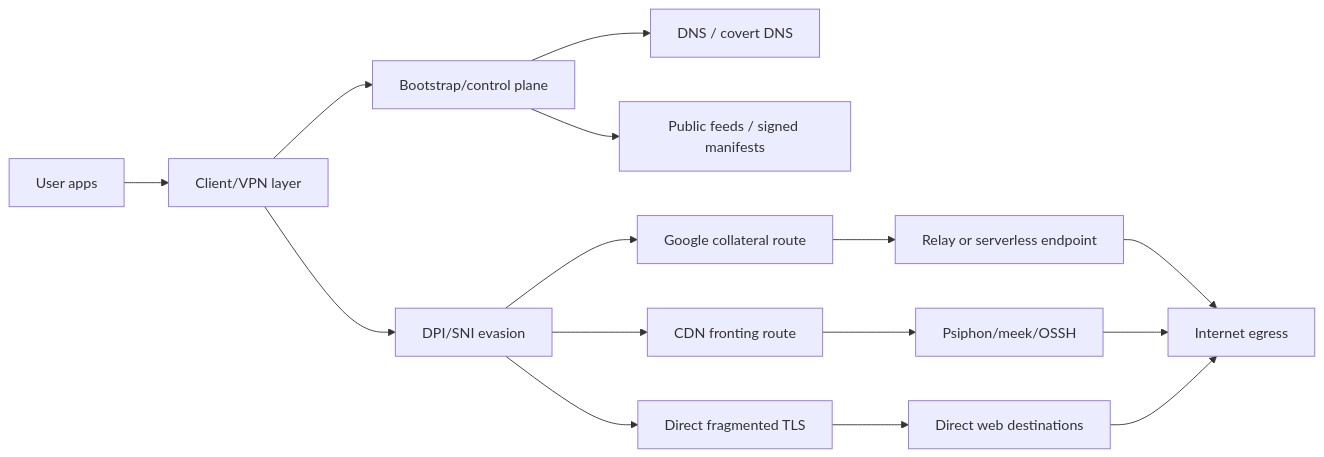
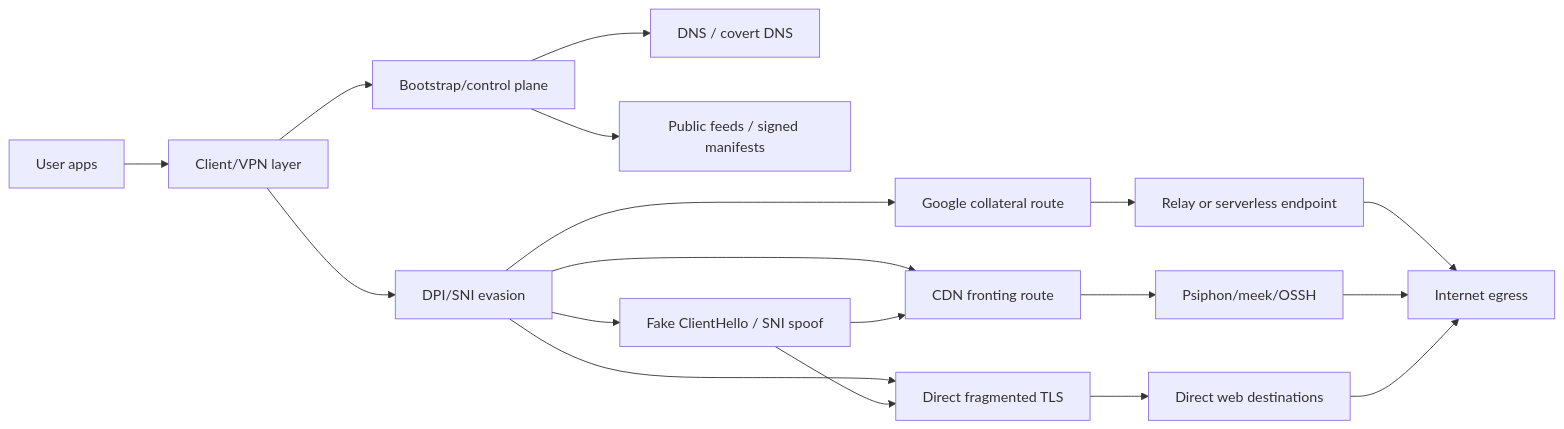
Before and after one commit to vibecodegits/censorship-circumvention-kb: the diagram in docs/architecture-map.md, drawn with Mermaid. The commit also changed other lines of this file and 6 other files, not shown here.

````diff
--- a/docs/architecture-map.md
+++ b/docs/architecture-map.md
@@ -5,17 +5,20 @@
 ```mermaid
 flowchart LR
   UserApps["User apps"] --> Client["Client/VPN layer"]
   Client --> Bootstrap["Bootstrap/control plane"]
   Client --> Evasion["DPI/SNI evasion"]
   Bootstrap --> DNS["DNS / covert DNS"]
   Bootstrap --> PublicFeeds["Public feeds / signed manifests"]
   Evasion --> Google["Google collateral route"]
   Evasion --> CDN["CDN fronting route"]
   Evasion --> DirectTLS["Direct fragmented TLS"]
+  Evasion --> SNISpoof["Fake ClientHello / SNI spoof"]
   Google --> Relay["Relay or serverless endpoint"]
   CDN --> Psiphon["Psiphon/meek/OSSH"]
+  SNISpoof --> CDN
+  SNISpoof --> DirectTLS
   DirectTLS --> DirectWeb["Direct web destinations"]
   Relay --> Egress["Internet egress"]
   Psiphon --> Egress
   DirectWeb --> Egress
 ```
````
